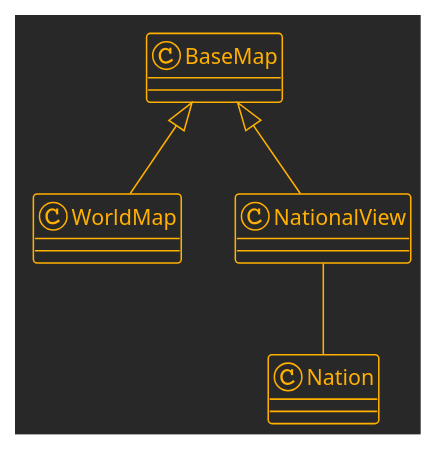
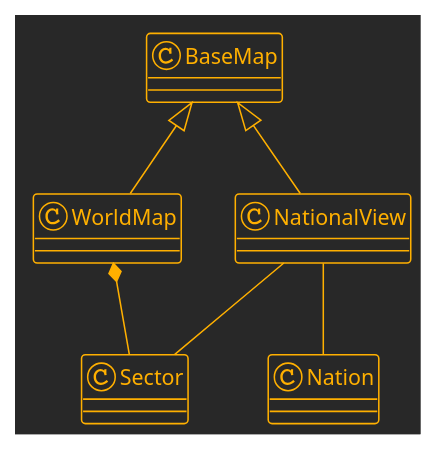
The seventh of 10 diagrams in DESIGN_CONCEPTS.md (marknelsonengineer/empire), drawn with PlantUML before and after one commit. The commit also changed other lines of this file and 6 other files, not shown here.

```diff
--- a/DESIGN_CONCEPTS.md
+++ b/DESIGN_CONCEPTS.md
@@ -241,14 +288,16 @@
 @startuml
 !theme crt-amber
-skinparam classAttributeIconSize 0
 
 class BaseMap
 class WorldMap
 class NationalView
 class Nation
+class Sector
 
-WorldMap         -up-|>   BaseMap
-NationalView     -up-|>   BaseMap
-NationalView     --       Nation
+BaseMap      <|-- WorldMap
+BaseMap      <|-- NationalView
+NationalView --   Nation
+WorldMap     *--  Sector
+NationalView --   Sector
 
 @enduml
```
